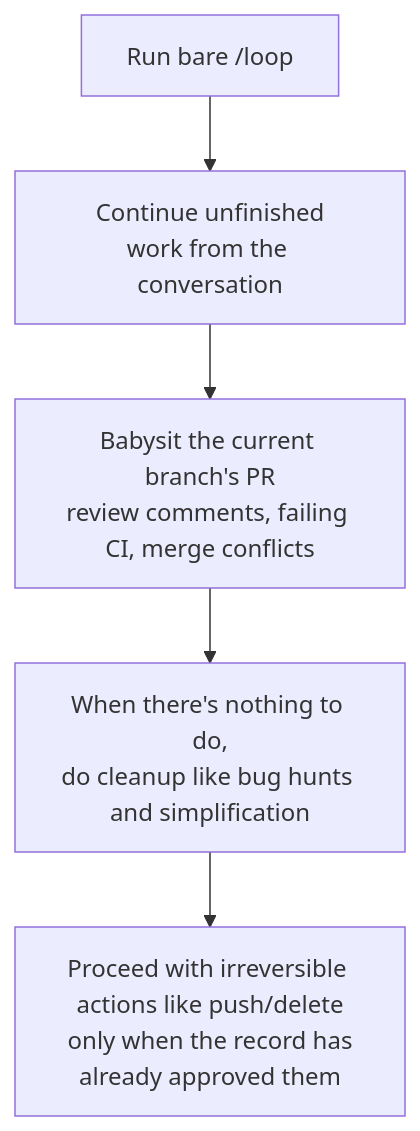
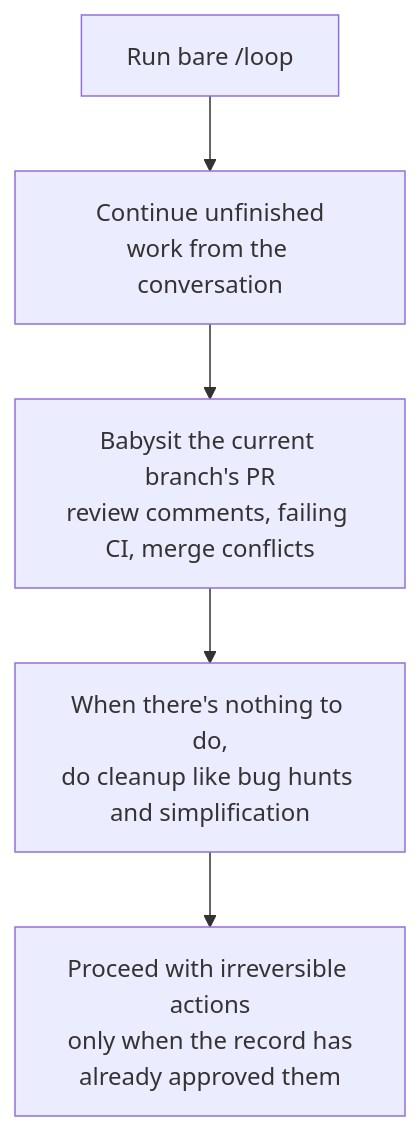
Before and after one commit to modu-ai/moai-adk: the diagram in docs-site/content/en/claude-code/agentic/scheduled-tasks.md, drawn with Mermaid. The commit also changed other lines of this file and 6 other files, not shown here.

````diff
--- a/docs-site/content/en/claude-code/agentic/scheduled-tasks.md
+++ b/docs-site/content/en/claude-code/agentic/scheduled-tasks.md
@@ -69,7 +70,7 @@
 ```mermaid
 flowchart TD
     A["Run bare /loop"] --> B["Continue unfinished<br>work from the conversation"]
     B --> C["Babysit the current branch's PR<br>review comments, failing CI, merge conflicts"]
     C --> D["When there's nothing to do,<br>do cleanup like bug hunts and simplification"]
-    D --> E["Proceed with irreversible actions like push/delete<br>only when the record has<br>already approved them"]
+    D --> E["Proceed with irreversible actions<br>only when the record has<br>already approved them"]
 ```
````
